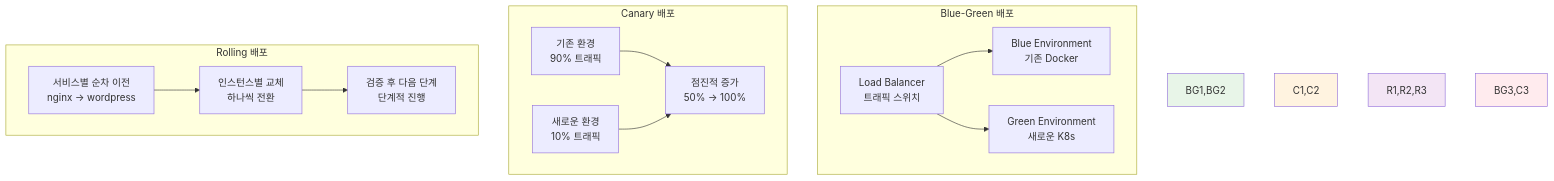
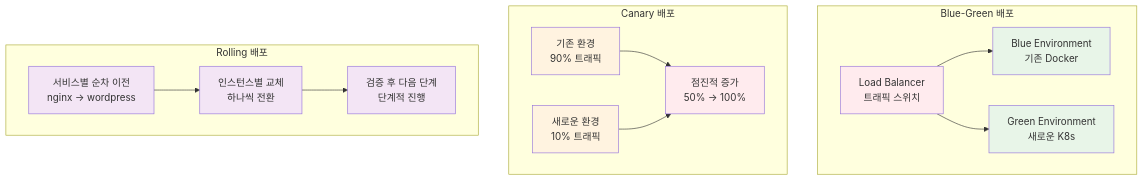
The third of 3 diagrams in theory/week_02/day4/session_3.md (niceguy61/kdt_devops_lecture_2025), drawn with Mermaid before and after one commit. The commit also changed other lines of this file and 63 other files, not shown here.

````diff
--- a/theory/week_02/day4/session_3.md
+++ b/theory/week_02/day4/session_3.md
@@ -328,31 +337,36 @@
 ```mermaid
 graph TB
     subgraph "Blue-Green 배포"
         BG1[Blue Environment<br/>기존 Docker]
         BG2[Green Environment<br/>새로운 K8s]
         BG3[Load Balancer<br/>트래픽 스위치]
     end
     
     subgraph "Canary 배포"
         C1[기존 환경<br/>90% 트래픽]
         C2[새로운 환경<br/>10% 트래픽]
         C3[점진적 증가<br/>50% → 100%]
     end
     
     subgraph "Rolling 배포"
         R1[서비스별 순차 이전<br/>nginx → wordpress]
         R2[인스턴스별 교체<br/>하나씩 전환]
         R3[검증 후 다음 단계<br/>단계적 진행]
     end
     
     BG3 --> BG1
     BG3 --> BG2
     C1 --> C3
     C2 --> C3
     R1 --> R2 --> R3
     
-    style BG1,BG2 fill:#e8f5e8
-    style C1,C2 fill:#fff3e0
-    style R1,R2,R3 fill:#f3e5f5
-    style BG3,C3 fill:#ffebee
+    style BG1 fill:#e8f5e8
+    style BG2 fill:#e8f5e8
+    style C1 fill:#fff3e0
+    style C2 fill:#fff3e0
+    style R1 fill:#f3e5f5
+    style R2 fill:#f3e5f5
+    style R3 fill:#f3e5f5
+    style BG3 fill:#ffebee
+    style C3 fill:#ffebee
 ```
````
